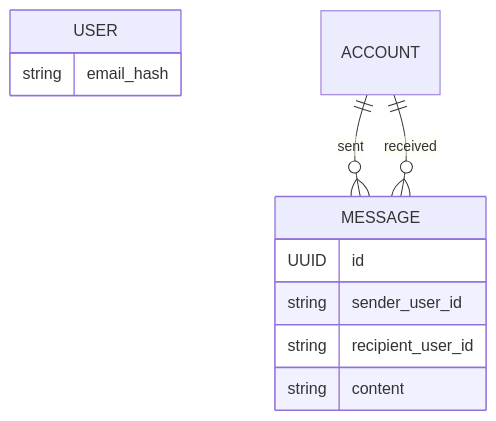
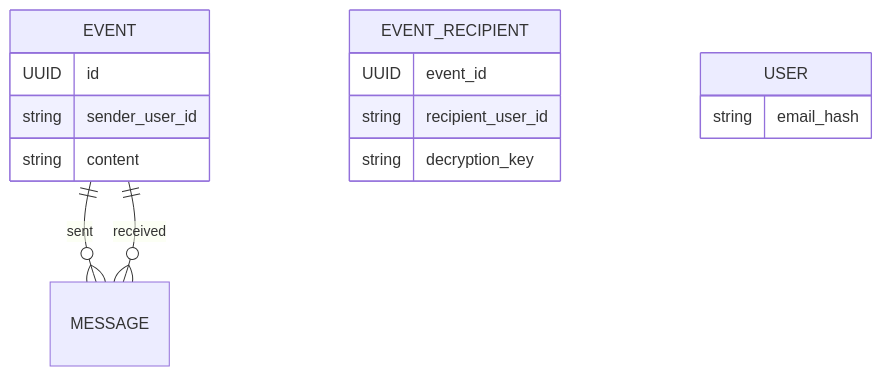
The first of 3 diagrams in README.md (extreme-business/lingo), drawn with Mermaid before and after one commit. The commit also changed other lines of this file and 13 other files, not shown here.

````diff
--- a/README.md
+++ b/README.md
@@ -13,14 +18,18 @@
 ```mermaid
 erDiagram
-    MESSAGE {
+    EVENT {
         UUID id
         string sender_user_id
+        string content
+    }
+    EVENT_RECIPIENT {
+        UUID event_id
         string recipient_user_id
-        string content
+        string decryption_key
     }
     USER {
         string email_hash
     }
-    ACCOUNT ||--o{ MESSAGE : sent
-    ACCOUNT ||--o{ MESSAGE : received
+    EVENT ||--o{ MESSAGE : sent
+    EVENT ||--o{ MESSAGE : received
 ```
````
